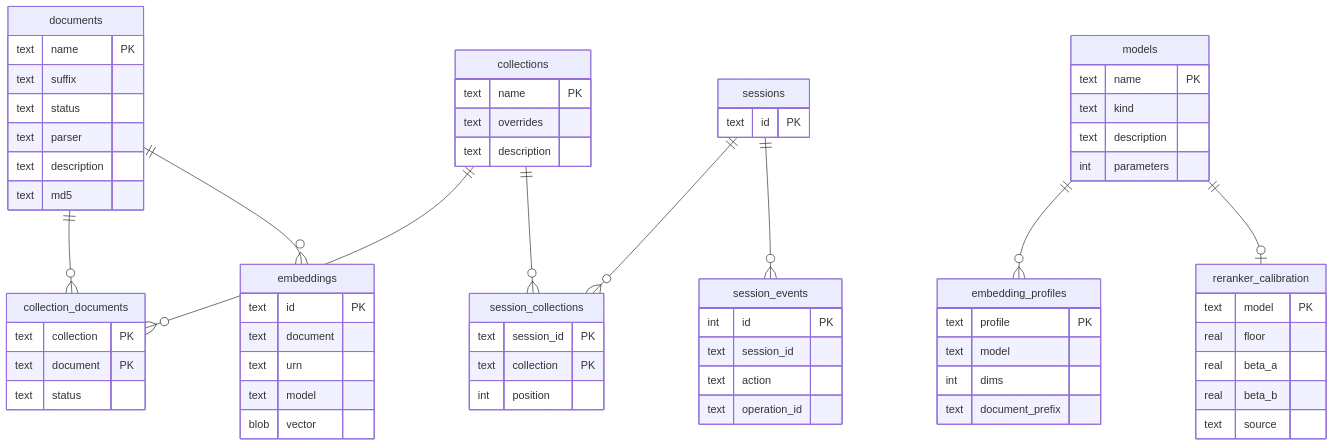
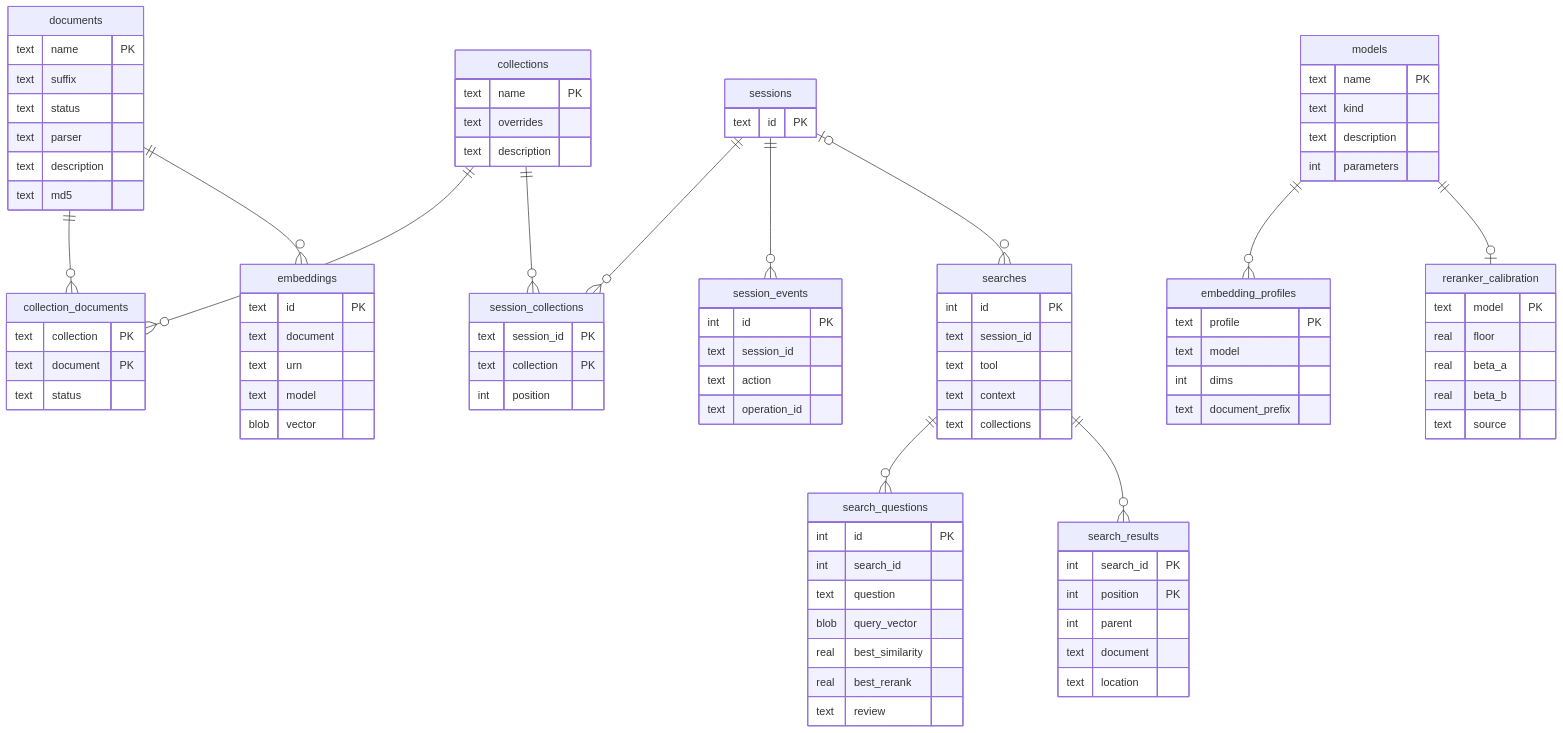
Before and after one commit to haskian/haskie: the diagram in docs/storage.md, drawn with Mermaid. The commit also changed other lines of this file and 55 other files, not shown here.

Commit message:
feat!: Gaps — search log and unanswered questions

```diff
--- a/docs/storage.md
+++ b/docs/storage.md
@@ -37,6 +37,9 @@
     sessions ||--o{ session_collections : ""
     collections ||--o{ session_collections : ""
     sessions ||--o{ session_events : ""
+    sessions |o--o{ searches : ""
+    searches ||--o{ search_questions : ""
+    searches ||--o{ search_results : ""
     models ||--o{ embedding_profiles : ""
     models ||--o| reranker_calibration : ""
     documents {
@@ -78,6 +81,29 @@
         text action
         text operation_id
     }
+    searches {
+        int id PK
+        text session_id
+        text tool
+        text context
+        text collections
+    }
+    search_questions {
+        int id PK
+        int search_id
+        text question
+        blob query_vector
+        real best_similarity
+        real best_rerank
+        text review
+    }
+    search_results {
+        int search_id PK
+        int position PK
+        int parent
+        text document
+        text location
+    }
     models {
         text name PK
         text kind
```
